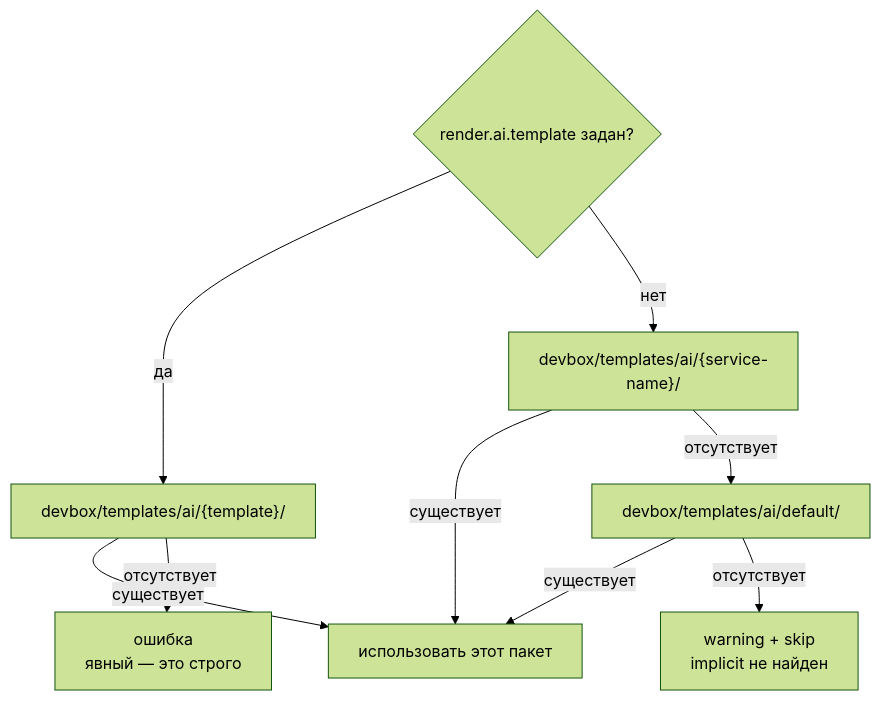
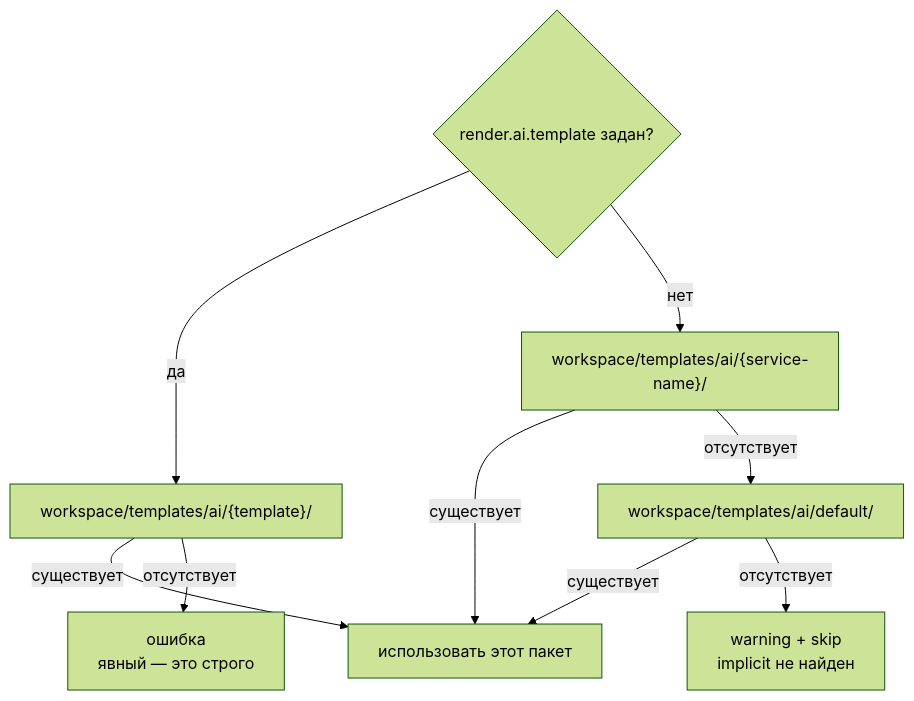
One commit to semsemyonoff/dwe changed the third of 3 diagrams in docs/i18n/ru/reference/render/ai.md. Above: the diagram before and after it, drawn with Mermaid (forest theme). The commit also changed other lines of this file and 113 other files, not shown here.

````diff
--- a/docs/i18n/ru/reference/render/ai.md
+++ b/docs/i18n/ru/reference/render/ai.md
@@ -124,12 +124,12 @@
 ```mermaid
 flowchart TD
   S{"render.ai.template задан?"}
-  S -- да --> EX["devbox/templates/ai/{template}/"]
+  S -- да --> EX["workspace/templates/ai/{template}/"]
   EX -- существует --> USE["использовать этот пакет"]
   EX -- отсутствует --> ERR["ошибка<br/>явный — это строго"]
-  S -- нет --> SN["devbox/templates/ai/{service-name}/"]
+  S -- нет --> SN["workspace/templates/ai/{service-name}/"]
   SN -- существует --> USE
-  SN -- отсутствует --> DEF["devbox/templates/ai/default/"]
+  SN -- отсутствует --> DEF["workspace/templates/ai/default/"]
   DEF -- существует --> USE
   DEF -- отсутствует --> WARN["warning + skip<br/>implicit не найден"]
 ```
````
